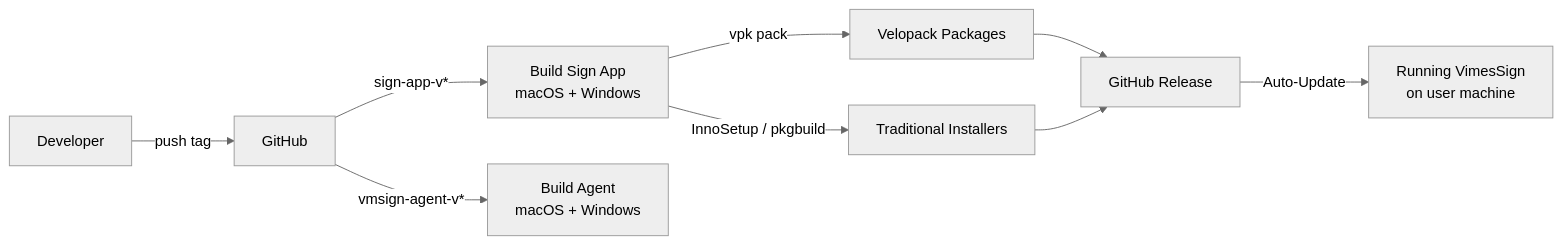
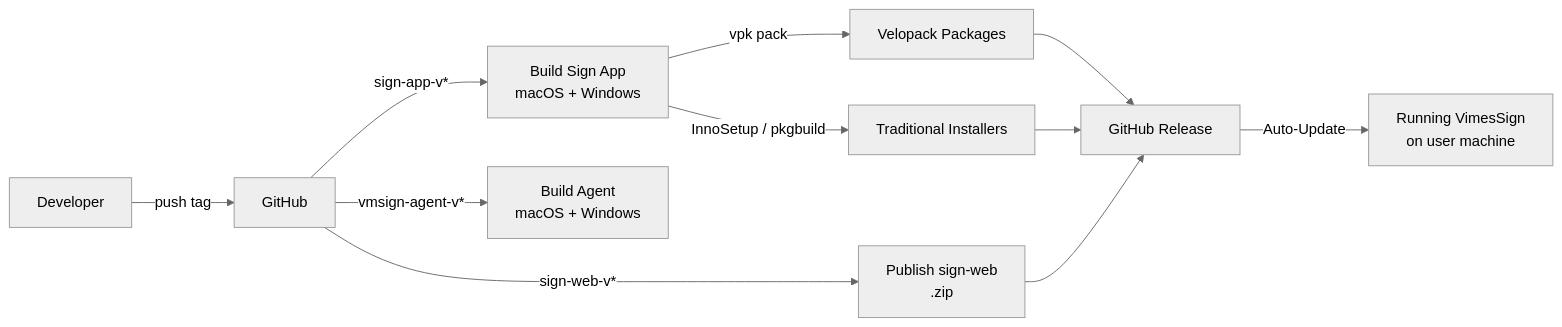
Before and after one commit to vimesjscvn/vn-sign-sample: the third of 3 diagrams in README.md, drawn with Mermaid (neutral theme). The commit also changed other lines of this file, not shown here.

First line of the commit message:
docs: update README for sign-web, sign-shared, and the two E2E test projects

````diff
--- a/README.md
+++ b/README.md
@@ -80,13 +98,15 @@
 ```mermaid
 graph LR
     Dev[Developer] -->|push tag| GH[GitHub]
     GH -->|sign-app-v*| WF1[Build Sign App<br/>macOS + Windows]
+    GH -->|sign-web-v*| WF3[Publish sign-web<br/>.zip]
     GH -->|vmsign-agent-v*| WF2[Build Agent<br/>macOS + Windows]
 
     WF1 -->|vpk pack| VP[Velopack Packages]
     WF1 -->|InnoSetup / pkgbuild| Installer[Traditional Installers]
     VP --> Release[GitHub Release]
     Installer --> Release
+    WF3 --> Release
 
     Release -->|Auto-Update| App[Running VimesSign<br/>on user machine]
 ```
````
